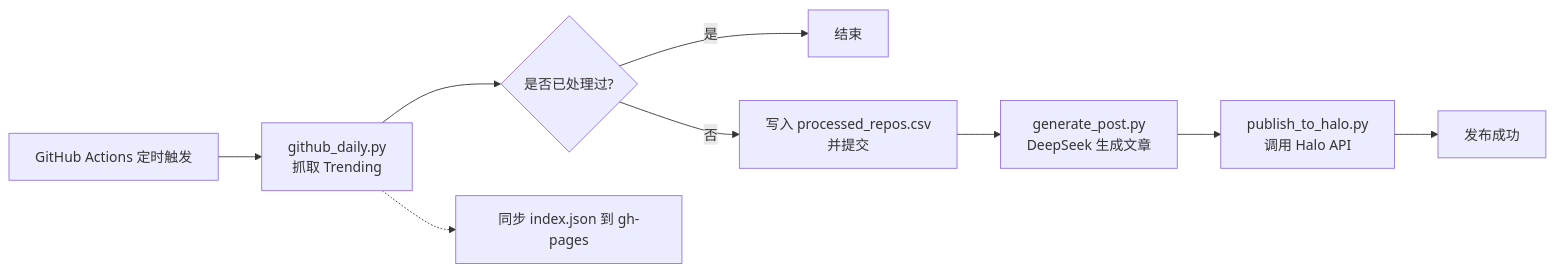
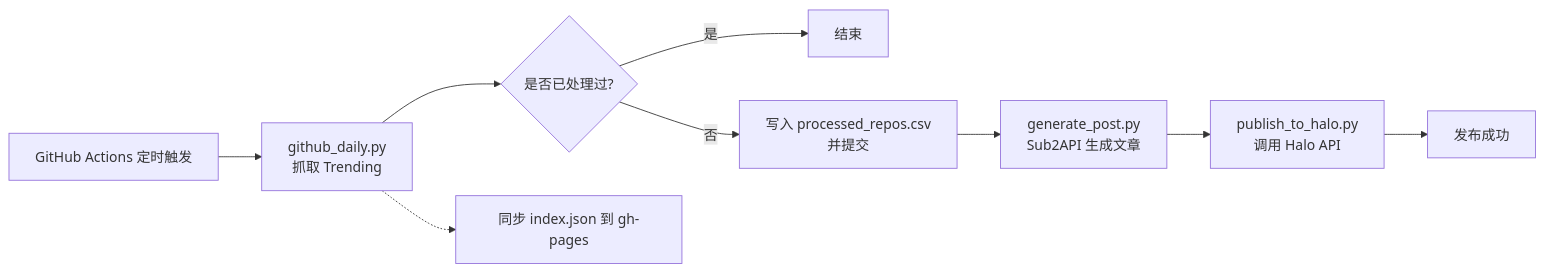
Before and after one commit to veyvin/onedaygithub: the diagram in README.md, drawn with Mermaid. The commit also changed other lines of this file and 2 other files, not shown here.

````diff
--- a/README.md
+++ b/README.md
@@ -91,11 +96,11 @@
 ```mermaid
 flowchart LR
     A[GitHub Actions 定时触发] --> B[github_daily.py<br/>抓取 Trending]
     B --> C{是否已处理过?}
     C -- 是 --> Z[结束]
     C -- 否 --> D[写入 processed_repos.csv<br/>并提交]
-    D --> E[generate_post.py<br/>DeepSeek 生成文章]
+    D --> E[generate_post.py<br/>Sub2API 生成文章]
     E --> F[publish_to_halo.py<br/>调用 Halo API]
     F --> G[发布成功]
     B -.-> H[同步 index.json 到 gh-pages]
 ```
````
